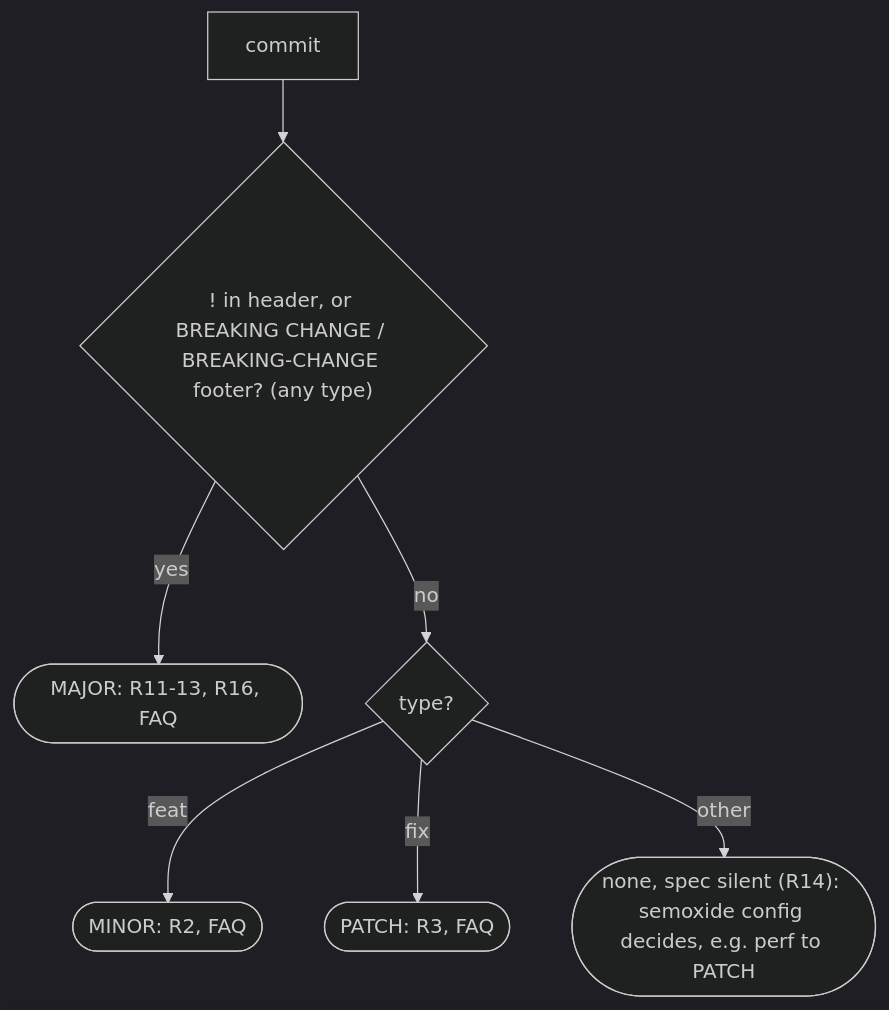
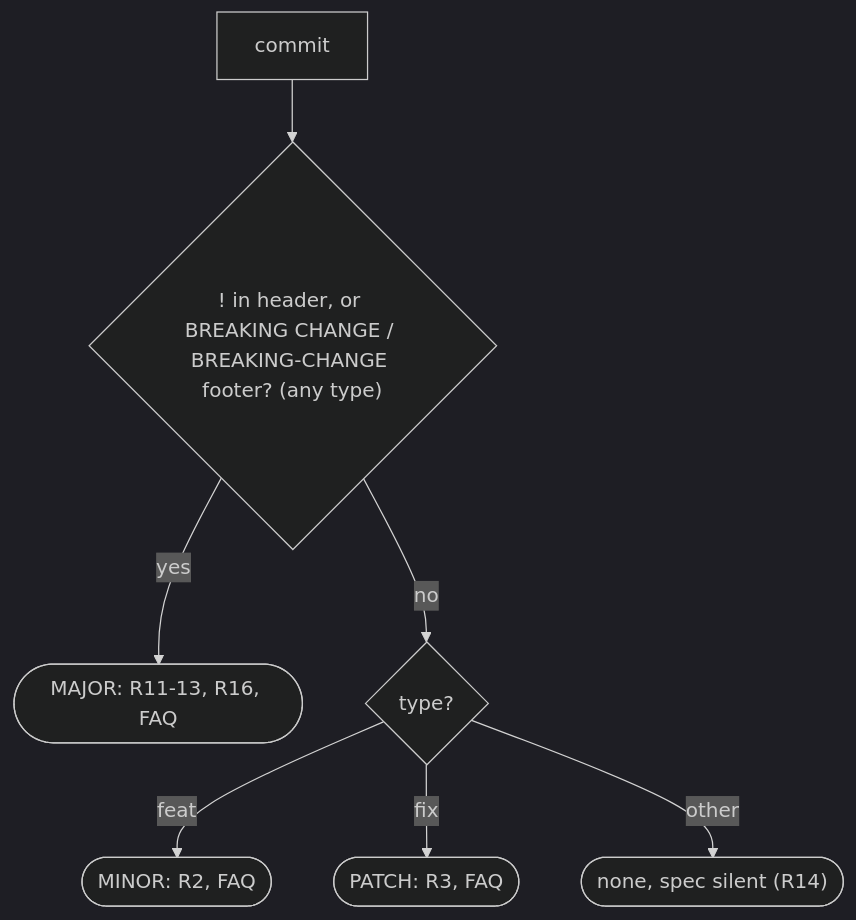
One commit to semoxide/semoxide changed the diagram in docs/specs/CONVENTIONAL-COMMITS-SPEC.md. Above: the diagram before and after it, drawn with Mermaid (dark theme). The commit also changed other lines of this file and 154 other files, not shown here.

````diff
--- a/docs/specs/CONVENTIONAL-COMMITS-SPEC.md
+++ b/docs/specs/CONVENTIONAL-COMMITS-SPEC.md
@@ -91,9 +91,9 @@
 ```mermaid
 flowchart TD
     C["commit"] --> B{"! in header, or BREAKING CHANGE / BREAKING-CHANGE footer? (any type)"}
     B -- yes --> MAJ(["MAJOR: R11-13, R16, FAQ"])
     B -- no --> T{"type?"}
     T -- feat --> MIN(["MINOR: R2, FAQ"])
     T -- fix --> PAT(["PATCH: R3, FAQ"])
-    T -- other --> NONE(["none, spec silent (R14): semoxide config decides, e.g. perf to PATCH"])
+    T -- other --> NONE(["none, spec silent (R14)"])
 ```
````
